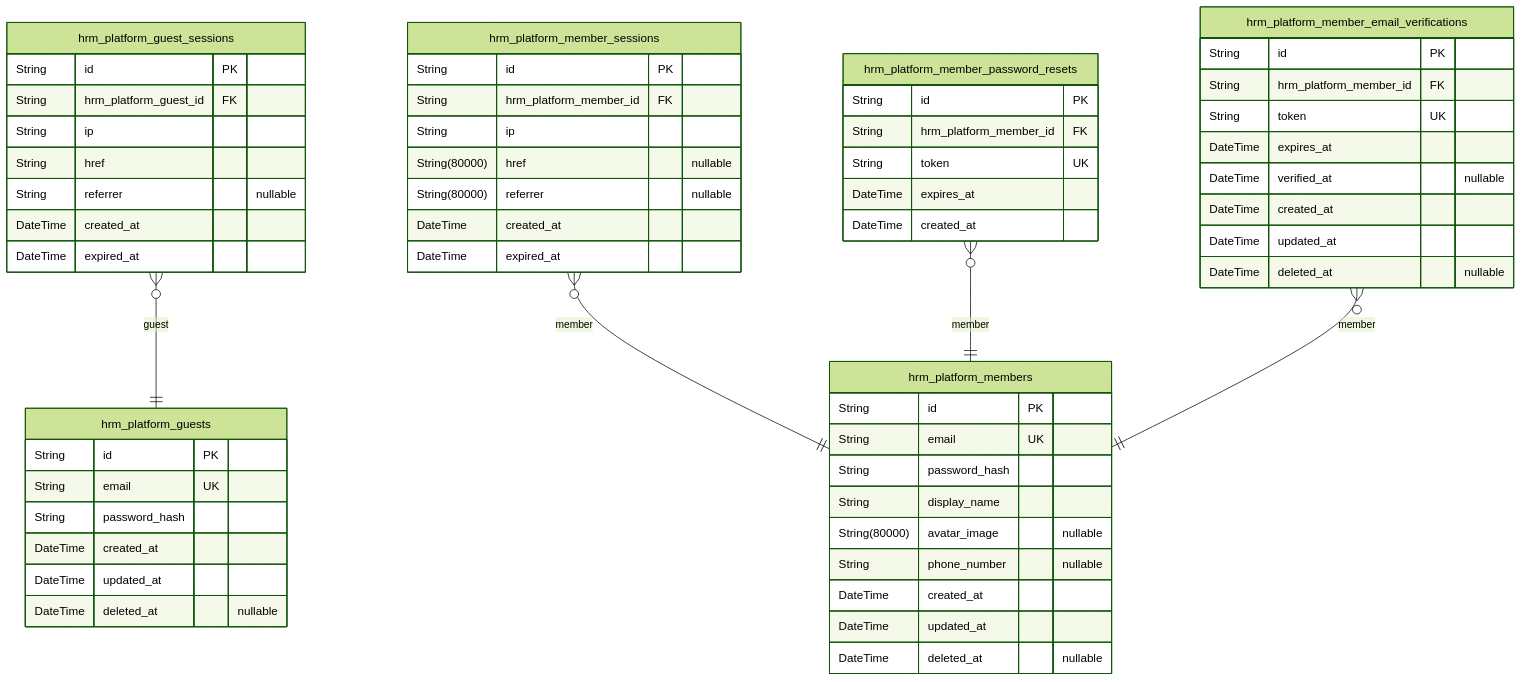
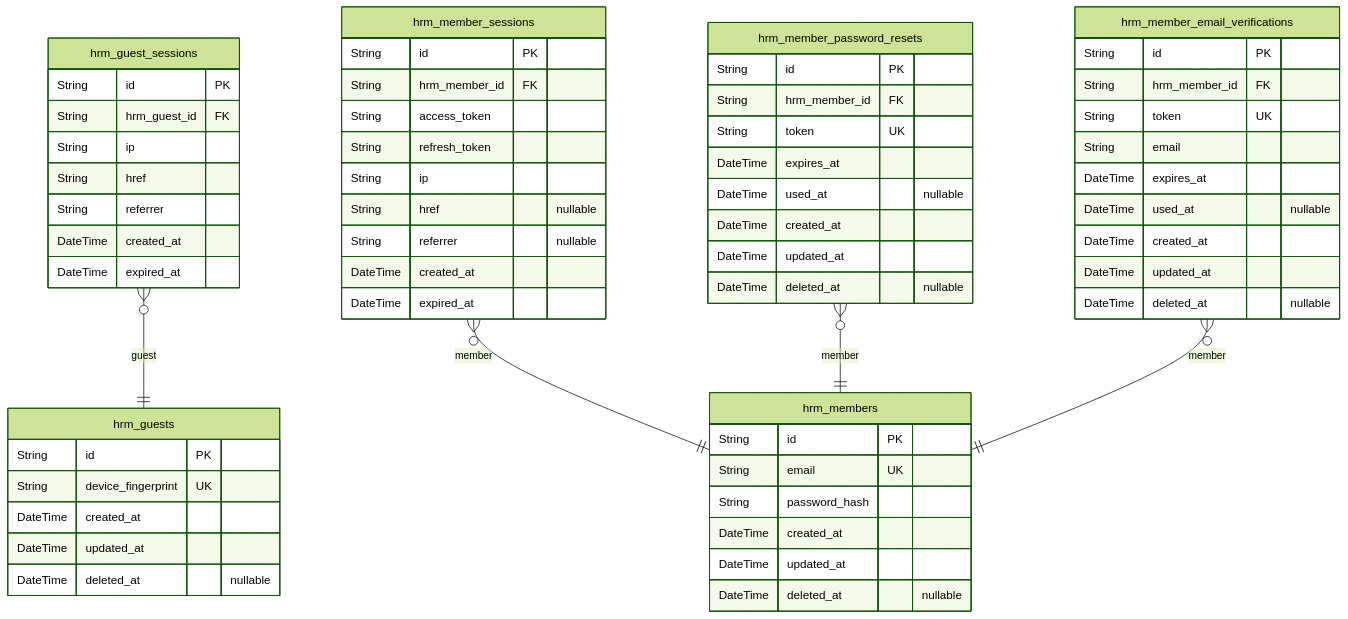
Before and after one commit to wrtnlabs/autobe-examples: the first of 9 diagrams in qwen/qwen3.5-122b-a10b/erp/docs/ERD.md, drawn with Mermaid (forest theme). The commit also changed other lines of this file and 32093 other files, not shown here.

````diff
--- a/qwen/qwen3.5-122b-a10b/erp/docs/ERD.md
+++ b/qwen/qwen3.5-122b-a10b/erp/docs/ERD.md
@@ -15,61 +17,63 @@
 ```mermaid
 erDiagram
-"hrm_platform_guests" {
+"hrm_guests" {
+  String id PK
+  String device_fingerprint UK
+  DateTime created_at
+  DateTime updated_at
+  DateTime deleted_at "nullable"
+}
+"hrm_guest_sessions" {
+  String id PK
+  String hrm_guest_id FK
+  String ip
+  String href
+  String referrer
+  DateTime created_at
+  DateTime expired_at
+}
+"hrm_members" {
   String id PK
   String email UK
   String password_hash
   DateTime created_at
   DateTime updated_at
   DateTime deleted_at "nullable"
 }
-"hrm_platform_guest_sessions" {
+"hrm_member_sessions" {
   String id PK
-  String hrm_platform_guest_id FK
+  String hrm_member_id FK
+  String access_token
+  String refresh_token
   String ip
-  String href
+  String href "nullable"
   String referrer "nullable"
   DateTime created_at
   DateTime expired_at
 }
-"hrm_platform_members" {
+"hrm_member_password_resets" {
   String id PK
-  String email UK
-  String password_hash
-  String display_name
-  String(80000) avatar_image "nullable"
-  String phone_number "nullable"
+  String hrm_member_id FK
+  String token UK
+  DateTime expires_at
+  DateTime used_at "nullable"
   DateTime created_at
   DateTime updated_at
   DateTime deleted_at "nullable"
 }
-"hrm_platform_member_sessions" {
+"hrm_member_email_verifications" {
   String id PK
-  String hrm_platform_member_id FK
-  String ip
-  String(80000) href "nullable"
-  String(80000) referrer "nullable"
-  DateTime created_at
-  DateTime expired_at
-}
-"hrm_platform_member_password_resets" {
-  String id PK
-  String hrm_platform_member_id FK
+  String hrm_member_id FK
   String token UK
+  String email
   DateTime expires_at
-  DateTime created_at
-}
-"hrm_platform_member_email_verifications" {
-  String id PK
-  String hrm_platform_member_id FK
-  String token UK
-  DateTime expires_at
-  DateTime verified_at "nullable"
+  DateTime used_at "nullable"
   DateTime created_at
   DateTime updated_at
   DateTime deleted_at "nullable"
 }
-"hrm_platform_guest_sessions" }o--|| "hrm_platform_guests" : guest
-"hrm_platform_member_sessions" }o--|| "hrm_platform_members" : member
-"hrm_platform_member_password_resets" }o--|| "hrm_platform_members" : member
-"hrm_platform_member_email_verifications" }o--|| "hrm_platform_members" : member
+"hrm_guest_sessions" }o--|| "hrm_guests" : guest
+"hrm_member_sessions" }o--|| "hrm_members" : member
+"hrm_member_password_resets" }o--|| "hrm_members" : member
+"hrm_member_email_verifications" }o--|| "hrm_members" : member
 ```
````
